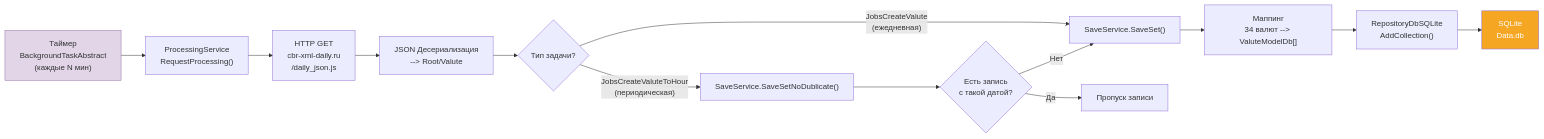
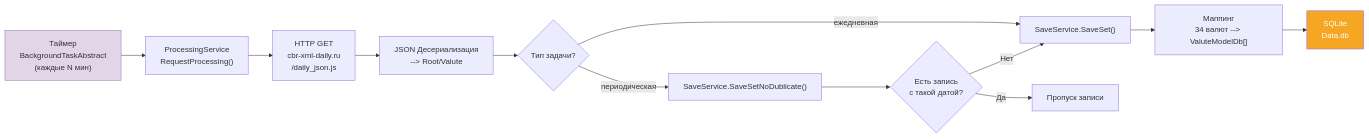
Diagram 12 of 20 in doc/architecture.md (Jenausmax/ExchangeRates.Api), drawn with Mermaid before and after one commit. The commit also changed other lines of this file and 2 other files, not shown here.

````diff
--- a/doc/architecture.md
+++ b/doc/architecture.md
@@ -459,18 +653,17 @@
 ```mermaid
 flowchart LR
     A["Таймер<br/>BackgroundTaskAbstract<br/>(каждые N мин)"] --> B["ProcessingService<br/>RequestProcessing()"]
     B --> C["HTTP GET<br/>cbr-xml-daily.ru<br/>/daily_json.js"]
     C --> D["JSON Десериализация<br/>--> Root/Valute"]
     D --> E{"Тип задачи?"}
-    E -->|"JobsCreateValute<br/>(ежедневная)"| F["SaveService.SaveSet()"]
-    E -->|"JobsCreateValuteToHour<br/>(периодическая)"| G["SaveService.SaveSetNoDublicate()"]
+    E -->|"ежедневная"| F["SaveService.SaveSet()"]
+    E -->|"периодическая"| G["SaveService.SaveSetNoDublicate()"]
     G --> H{"Есть запись<br/>с такой датой?"}
     H -->|"Нет"| F
     H -->|"Да"| I["Пропуск записи"]
     F --> J["Маппинг<br/>34 валют --> ValuteModelDb[]"]
-    J --> K["RepositoryDbSQLite<br/>AddCollection()"]
-    K --> L["SQLite<br/>Data.db"]
+    J --> K["SQLite<br/>Data.db"]
 
     style A fill:#e1d5e7,stroke:#9673a6
-    style L fill:#f5a623,color:#fff
+    style K fill:#f5a623,color:#fff
 ```
````
